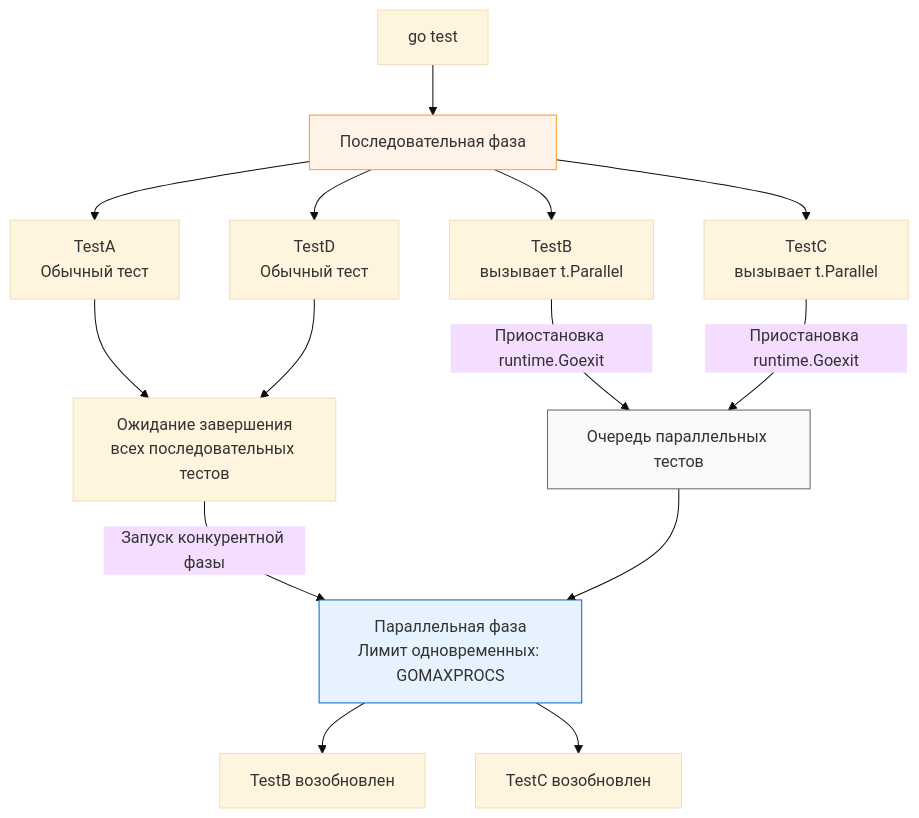
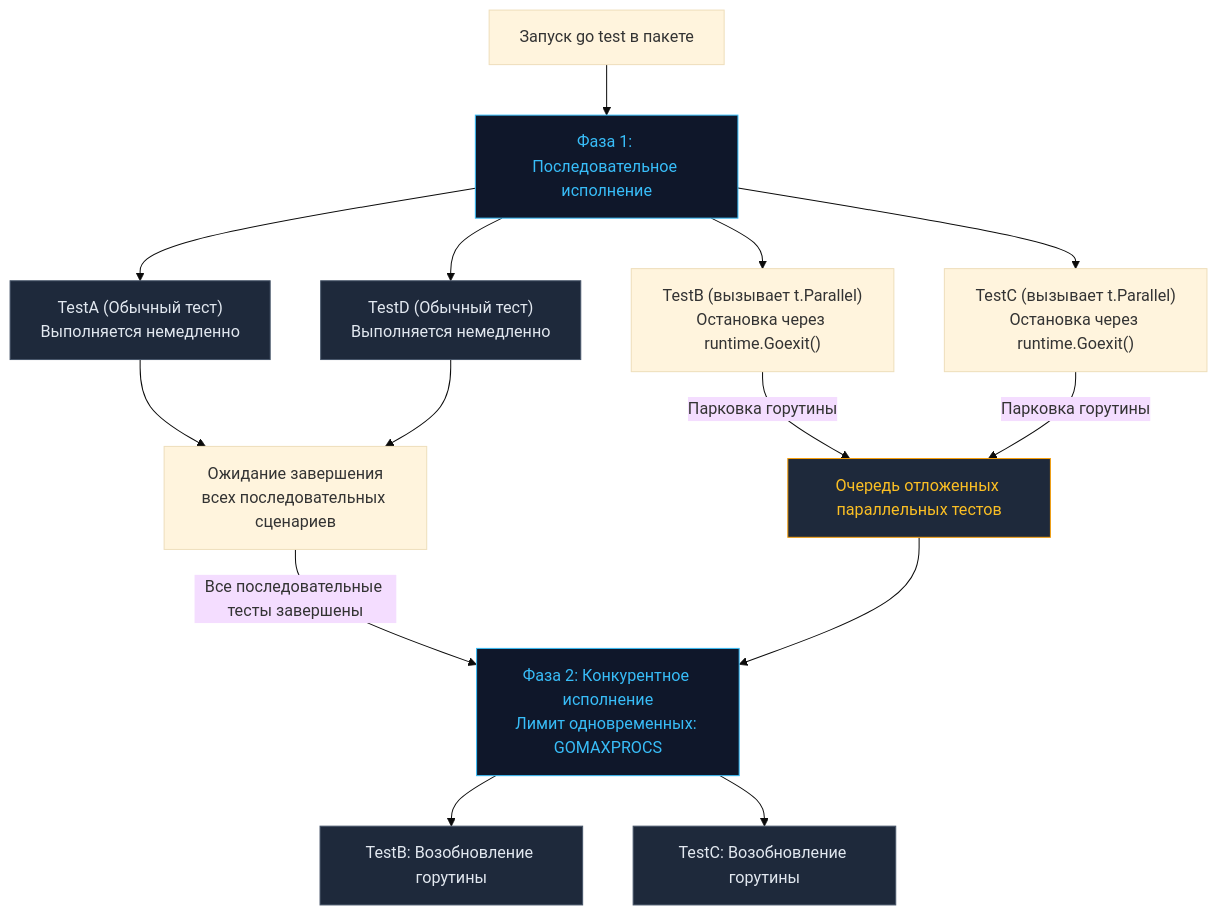
Before and after one commit to UnrealTemplier/go-textbook: the diagram in sources/15. Тестирование в Go (QA & Testing)/02. testing пакет/6. Параллельные тесты t.Parallel.md, drawn with Mermaid (base theme). The commit also changed other lines of this file, not shown here.

Commit message:
feat(module-15): editorial rewrite of lecture 6 (Параллельные тесты t.Parallel) in Subsection 2 in Kernighan style

````diff
--- a/sources/15. Тестирование в Go (QA & Testing)/02. testing пакет/6. Параллельные тесты t.Parallel.md
+++ b/sources/15. Тестирование в Go (QA & Testing)/02. testing пакет/6. Параллельные тесты t.Parallel.md
@@ -21,25 +13,29 @@
 ```mermaid
 flowchart TD
-    Start["go test"] --> SeqPhase["Последовательная фаза"]
+    Start["Запуск go test в пакете"] --> SeqPhase["Фаза 1: Последовательное исполнение"]
     
-    SeqPhase --> T1["TestA<br>Обычный тест"]
-    SeqPhase --> T2["TestB<br>вызывает t.Parallel"]
-    SeqPhase --> T3["TestC<br>вызывает t.Parallel"]
-    SeqPhase --> T4["TestD<br>Обычный тест"]
+    SeqPhase --> T1["TestA (Обычный тест)<br/>Выполняется немедленно"]
+    SeqPhase --> T2["TestB (вызывает t.Parallel)<br/>Остановка через runtime.Goexit()"]
+    SeqPhase --> T3["TestC (вызывает t.Parallel)<br/>Остановка через runtime.Goexit()"]
+    SeqPhase --> T4["TestD (Обычный тест)<br/>Выполняется немедленно"]
     
-    T2 -->|"Приостановка runtime.Goexit"| Queue["Очередь параллельных тестов"]
-    T3 -->|"Приостановка runtime.Goexit"| Queue
+    T2 -->|"Парковка горутины"| Queue["Очередь отложенных параллельных тестов"]
+    T3 -->|"Парковка горутины"| Queue
     
-    T1 --> Wait["Ожидание завершения<br>всех последовательных тестов"]
+    T1 --> Wait["Ожидание завершения<br/>всех последовательных сценариев"]
     T4 --> Wait
     
-    Wait -->|"Запуск конкурентной фазы"| ParPhase["Параллельная фаза<br>Лимит одновременных: GOMAXPROCS"]
+    Wait -->|"Все последовательные тесты завершены"| ParPhase["Фаза 2: Конкурентное исполнение<br/>Лимит одновременных: GOMAXPROCS"]
     Queue --> ParPhase
     
-    ParPhase --> P_T2["TestB возобновлен"]
-    ParPhase --> P_T3["TestC возобновлен"]
-    
-    style SeqPhase fill:#fff2e6,stroke:#ff9933
-    style ParPhase fill:#e6f3ff,stroke:#0066cc
-    style Queue fill:#f9f9f9,stroke:#666
+    ParPhase --> P_T2["TestB: Возобновление горутины"]
+    ParPhase --> P_T3["TestC: Возобновление горутины"]
+
+    classDef phase fill:#0f172a,stroke:#38bdf8,stroke-width:1px,color:#38bdf8;
+    classDef test fill:#1e293b,stroke:#475569,stroke-width:1px,color:#e2e8f0;
+    classDef queue fill:#1e293b,stroke:#f59e0b,stroke-width:1px,color:#fbbf24;
+
+    class SeqPhase,ParPhase phase;
+    class T1,T4,P_T2,P_T3 test;
+    class Queue queue;
 ```
````
